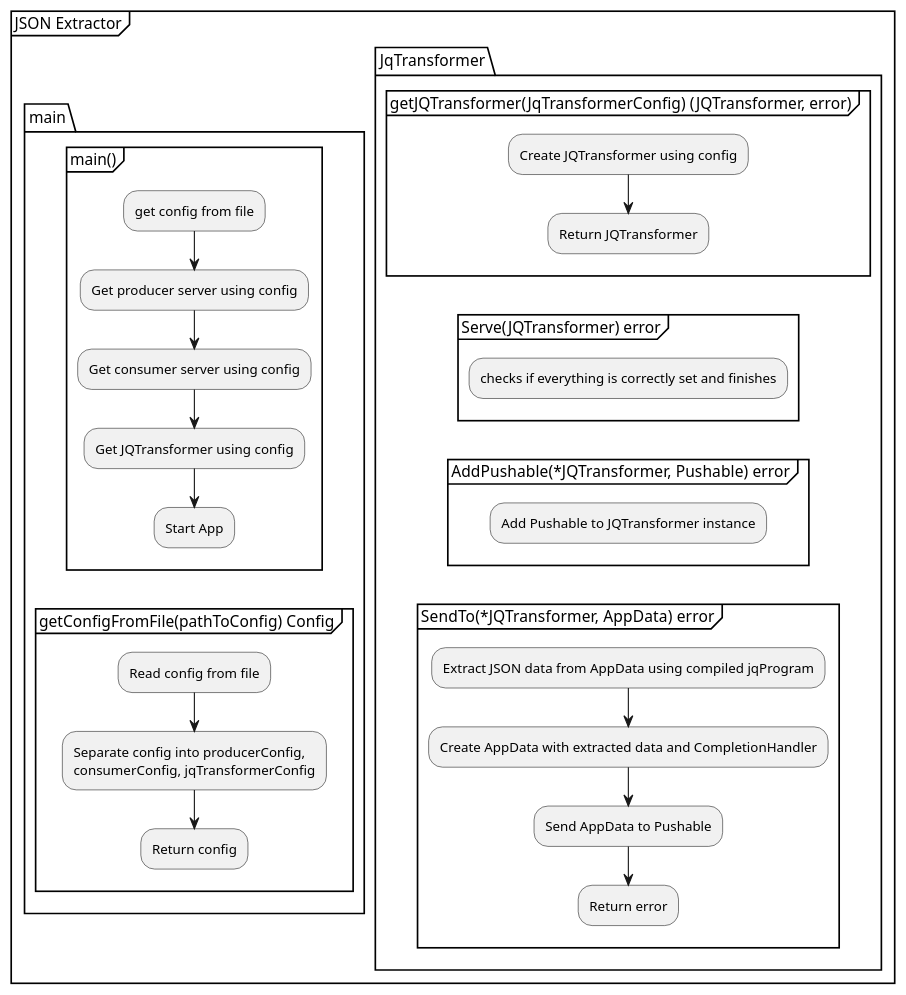
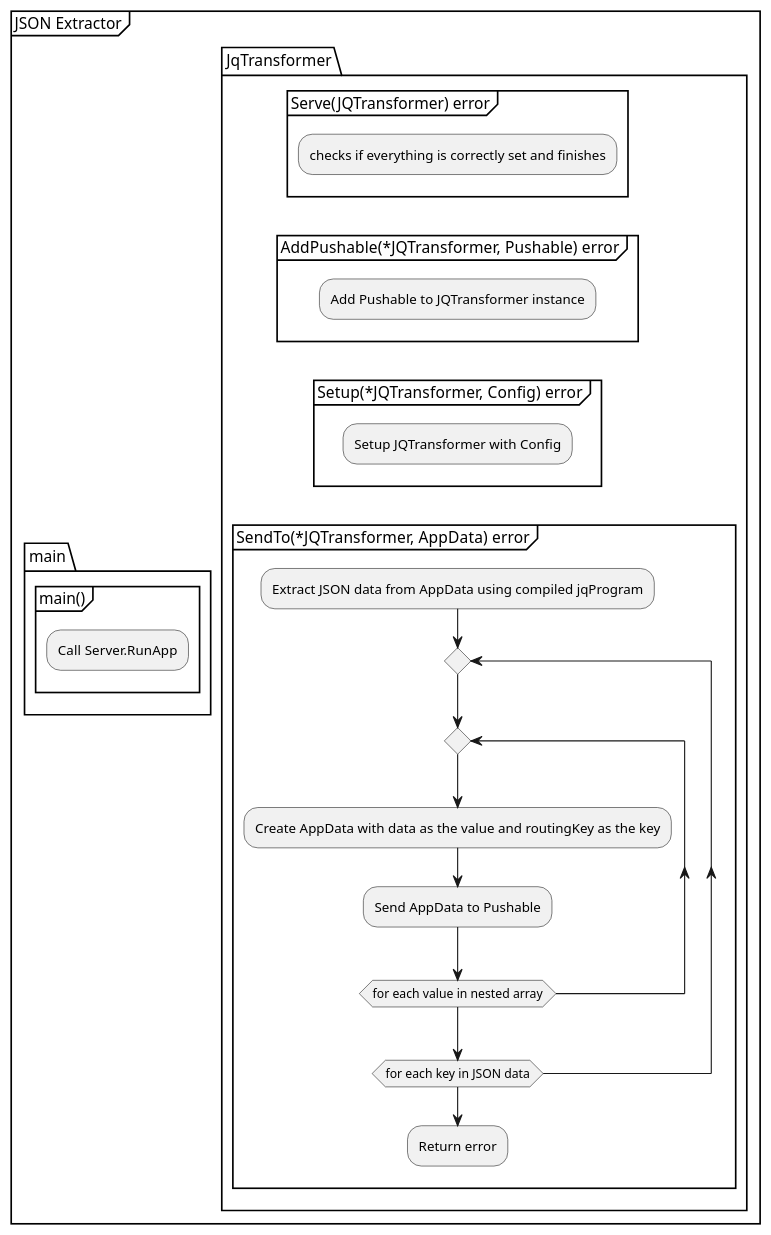
One commit to xtuml/otel2pv changed the diagram in docs/design_notes/DN1_JSON_Extractor/implementation_JSON_extractor.puml. Above: the diagram before and after it, drawn with PlantUML. The commit also changed 24 other files, not shown here.

```diff
--- a/docs/design_notes/DN1_JSON_Extractor/implementation_JSON_extractor.puml
+++ b/docs/design_notes/DN1_JSON_Extractor/implementation_JSON_extractor.puml
@@ -1,47 +1,40 @@
 @startuml
     partition JSON Extractor {
         split
         -[hidden]->
         package main {
             group main() {
-                :get config from file;
-                :Get producer server using config;
-                :Get consumer server using config;
-                :Get JQTransformer using config;
-                :Start App;
-                detach
-            }
-            group getConfigFromFile(pathToConfig) Config {
-                :Read config from file;
-                :Separate config into producerConfig,\nconsumerConfig, jqTransformerConfig;
-                :Return config;
+                :Call Server.RunApp;
                 detach
             }
         }
         split again
         -[hidden]->
         package JqTransformer {
-            group getJQTransformer(JqTransformerConfig) (JQTransformer, error) {
-                :Create JQTransformer using config;
-                :Return JQTransformer;
-                detach
-            }
             group Serve(JQTransformer) error {
                 :checks if everything is correctly set and finishes;
                 detach
             }
             group AddPushable(*JQTransformer, Pushable) error {
                 :Add Pushable to JQTransformer instance;
                 detach
             }
+            group Setup(*JQTransformer, Config) error {
+                :Setup JQTransformer with Config;
+                detach
+            }
             group SendTo(*JQTransformer, AppData) error {
                 :Extract JSON data from AppData using compiled jqProgram;
-                :Create AppData with extracted data and CompletionHandler;
-                :Send AppData to Pushable;
+                repeat
+                    repeat
+                        :Create AppData with data as the value and routingKey as the key;
+                        :Send AppData to Pushable;
+                    repeat while (for each value in nested array)
+                repeat while (for each key in JSON data)
                 :Return error;
                 detach
             }
         }
         end split
     }
 @enduml
```
